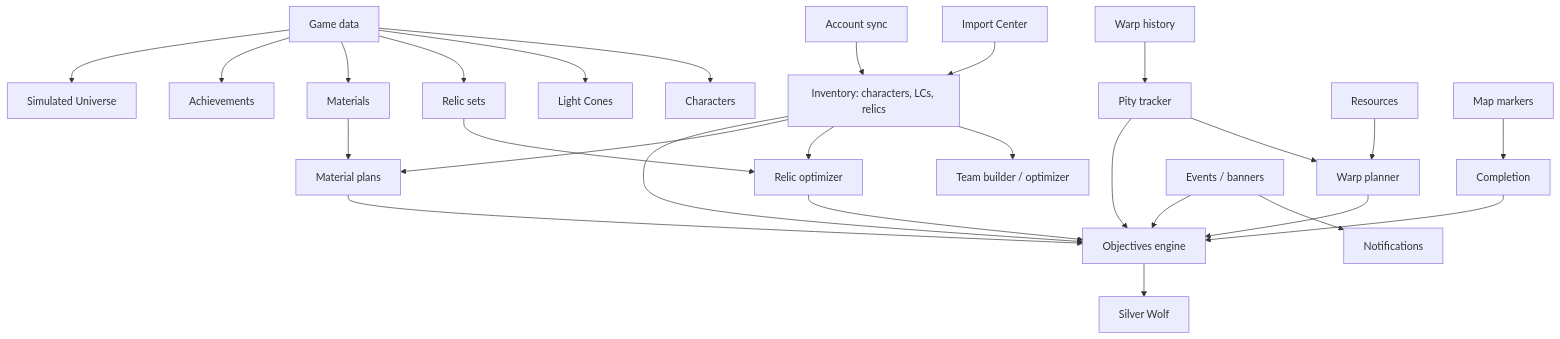
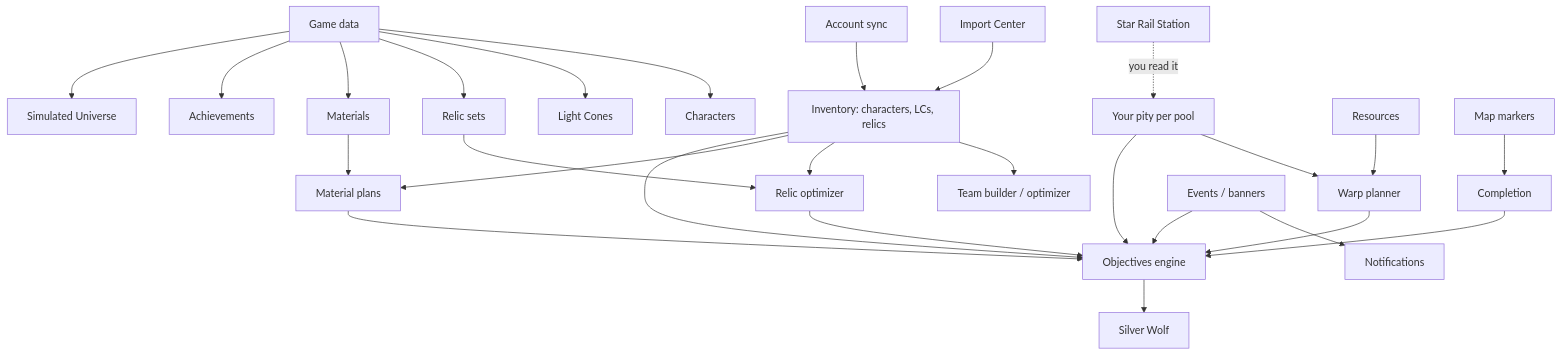
One commit to bendroflumethiazide/Silver-Wolf-Bot changed the second of 2 diagrams in docs/01-architecture.md. Above: the diagram before and after it, drawn with Mermaid. The commit also changed other lines of this file and 25 other files, not shown here.

````diff
--- a/docs/01-architecture.md
+++ b/docs/01-architecture.md
@@ -82,16 +81,16 @@
 ```mermaid
 flowchart TD
   GD[Game data] --> CH[Characters] & LC[Light Cones] & RS[Relic sets] & MAT[Materials] & ACH[Achievements] & SU[Simulated Universe]
   IMP[Import Center] --> INV[Inventory: characters, LCs, relics]
   ACC[Account sync] --> INV
   INV --> TEAM[Team builder / optimizer]
   INV --> RELOPT[Relic optimizer]
   RS --> RELOPT
   INV --> MATPLAN[Material plans]
   MAT --> MATPLAN
-  WH[Warp history] --> PITY[Pity tracker] --> PLAN[Warp planner]
+  SRS[Star Rail Station] -. you read it .-> PITY[Your pity per pool] --> PLAN[Warp planner]
   RES[Resources] --> PLAN
   MAP[Map markers] --> COMP[Completion]
   EV[Events / banners] --> NOTIF[Notifications]
   INV & PITY & PLAN & MATPLAN & COMP & EV & RELOPT --> OBJ[Objectives engine] --> SW[Silver Wolf]
 ```
````
